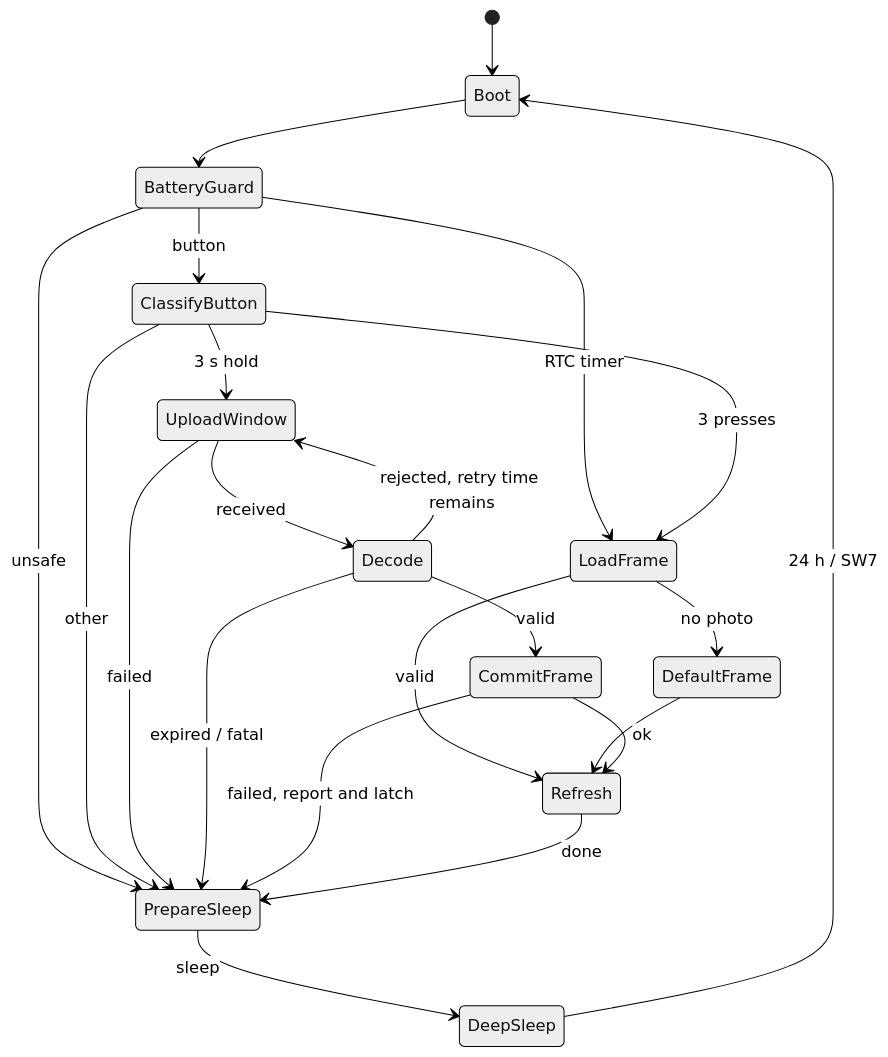
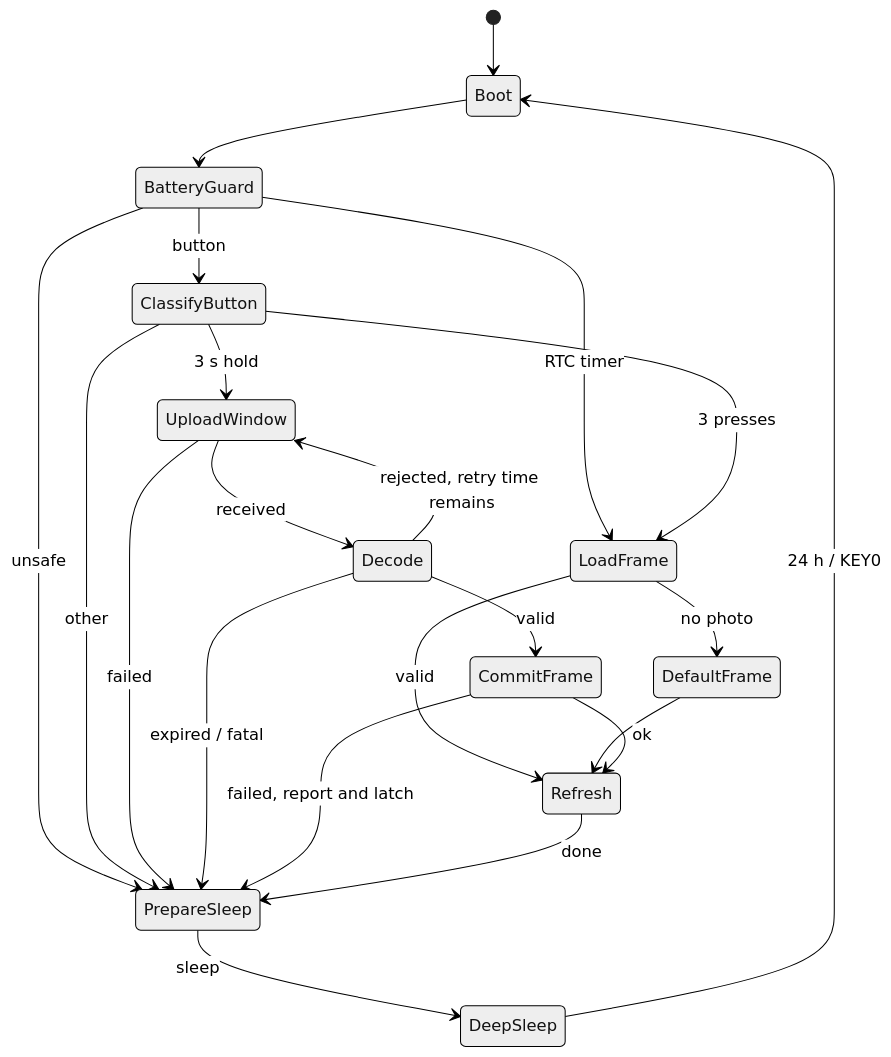
The first of 4 diagrams in firmware/STATE_MACHINE.md (Maokx1/hof_frame), drawn with Mermaid (neutral theme) before and after one commit. The commit also changed other lines of this file and 15 other files, not shown here.

````diff
--- a/firmware/STATE_MACHINE.md
+++ b/firmware/STATE_MACHINE.md
@@ -111,24 +121,24 @@
 ```mermaid
 stateDiagram-v2
     [*] --> Boot
-    DeepSleep --> Boot: 24 h / SW7
+    DeepSleep --> Boot: 24 h / KEY0
     Boot --> BatteryGuard
     BatteryGuard --> PrepareSleep: unsafe
     BatteryGuard --> ClassifyButton: button
     BatteryGuard --> LoadFrame: RTC timer
     ClassifyButton --> PrepareSleep: other
     ClassifyButton --> UploadWindow: 3 s hold
     ClassifyButton --> LoadFrame: 3 presses
     LoadFrame --> Refresh: valid
     LoadFrame --> DefaultFrame: no photo
     DefaultFrame --> Refresh
     UploadWindow --> Decode: received
     UploadWindow --> PrepareSleep: failed
     Decode --> CommitFrame: valid
     Decode --> UploadWindow: rejected, retry time remains
     Decode --> PrepareSleep: expired / fatal
     CommitFrame --> Refresh: ok
     CommitFrame --> PrepareSleep: failed, report and latch
     Refresh --> PrepareSleep: done
     PrepareSleep --> DeepSleep: sleep
 ```
````
